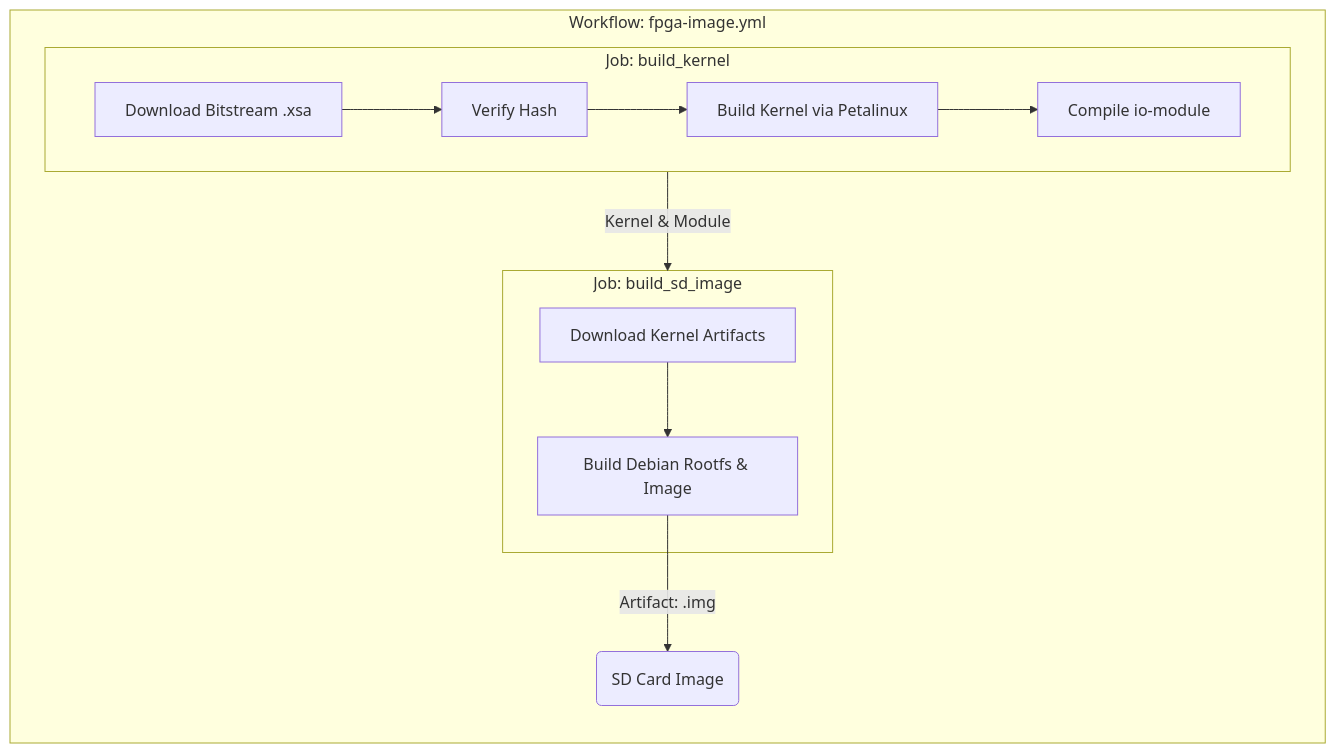
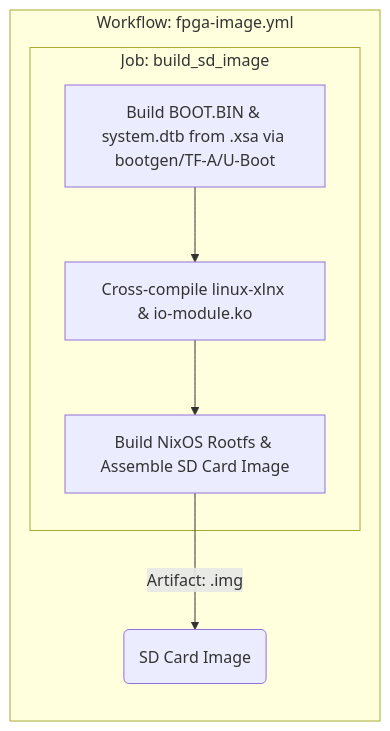
Before and after one commit to chipsalliance/caliptra-sw: the first of 2 diagrams in docs/ci/fpga.md, drawn with Mermaid. The commit also changed other lines of this file and 63 other files, not shown here.

First line of the commit message:
[fpga-image]: Replace debian/petalinux image with NixOS

````diff
--- a/docs/ci/fpga.md
+++ b/docs/ci/fpga.md
@@ -9,22 +9,14 @@
 ```mermaid
 flowchart TB
     subgraph Build_Image [Workflow: fpga-image.yml]
         direction TB
-        subgraph Job_BK [Job: build_kernel]
-            bk_dl[Download Bitstream .xsa]
-            bk_verify[Verify Hash]
-            bk_build[Build Kernel via Petalinux]
-            bk_mod[Compile io-module]
-            bk_dl --> bk_verify --> bk_build --> bk_mod
+        subgraph Job_BSI [Job: build_sd_image]
+            bsi_boot[Build BOOT.BIN & system.dtb from .xsa via bootgen/TF-A/U-Boot]
+            bsi_kern[Cross-compile linux-xlnx & io-module.ko]
+            bsi_rootfs[Build NixOS Rootfs & Assemble SD Card Image]
+            bsi_boot --> bsi_kern --> bsi_rootfs
         end
 
-        subgraph Job_BSI [Job: build_sd_image]
-            bsi_dl[Download Kernel Artifacts]
-            bsi_build[Build Debian Rootfs & Image]
-            bsi_dl --> bsi_build
-        end
-        
-        Job_BK -->|Kernel & Module| Job_BSI
-        bsi_build -->|Artifact: .img| Artifact_Image(SD Card Image)
+        bsi_rootfs -->|Artifact: .img| Artifact_Image(SD Card Image)
     end
 ```
````
